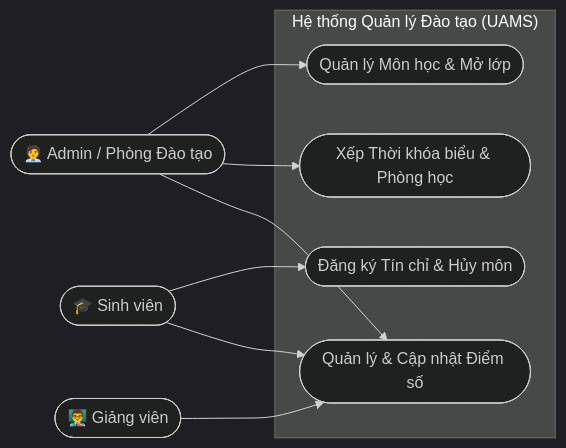
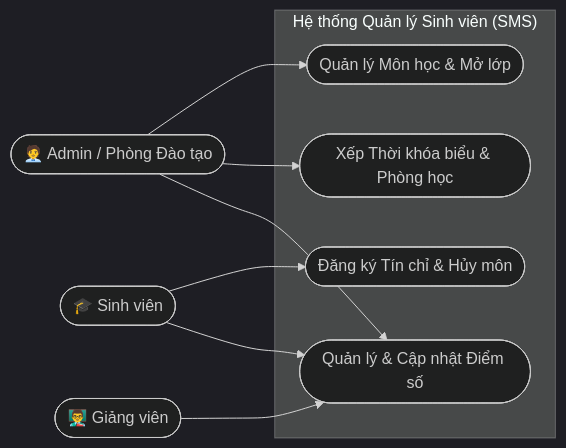
The diagram in README.md (DevMarkie/DoAnChuyenNganh), drawn with Mermaid (dark theme) before and after one commit. The commit also changed other lines of this file and 2 other files, not shown here.

````diff
--- a/README.md
+++ b/README.md
@@ -19,20 +19,20 @@
 ```mermaid
 flowchart LR
     Admin(["🧑‍💼 Admin / Phòng Đào tạo"])
     Lecturer(["👨‍🏫 Giảng viên"])
     Student(["🎓 Sinh viên"])
 
-    subgraph Quản_Lý_Hệ_Thống ["Hệ thống Quản lý Đào tạo (UAMS)"]
+    subgraph Quản_Lý_Hệ_Thống ["Hệ thống Quản lý Sinh viên (SMS)"]
         UC1(["Quản lý Môn học & Mở lớp"])
         UC2(["Xếp Thời khóa biểu & Phòng học"])
         UC3(["Đăng ký Tín chỉ & Hủy môn"])
         UC4(["Quản lý & Cập nhật Điểm số"])
     end
 
     Admin --> UC1
     Admin --> UC2
     Admin --> UC4
     Lecturer --> UC4
     Student --> UC3
     Student --> UC4
 ```
````
